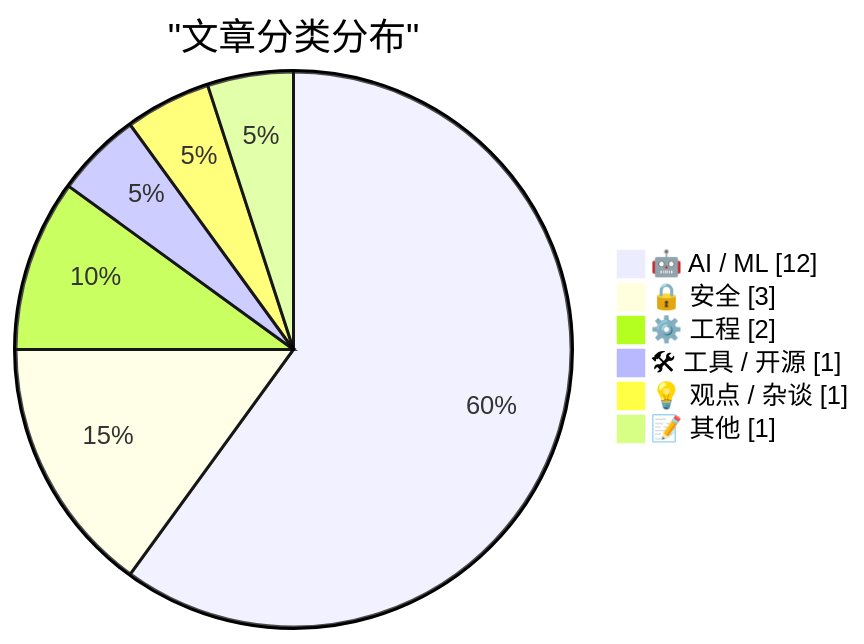
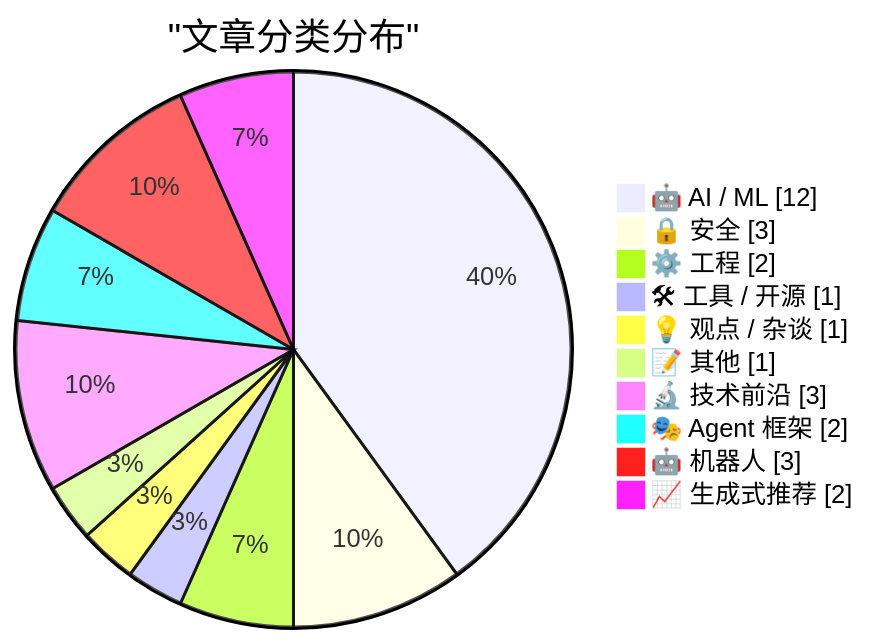
The first of 2 diagrams in content/blog/daily-digest-20260312.zh.md (vacat/vacat.github.io), drawn with Mermaid before and after one commit. The commit also changed other lines of this file, not shown here.

Commit message:
update: 补充技术日报内容 - Agent框架、机器人、GenRec (30篇)

````diff
--- a/content/blog/daily-digest-20260312.zh.md
+++ b/content/blog/daily-digest-20260312.zh.md
@@ -57,10 +57,14 @@
 ```mermaid
 pie showData
     title "文章分类分布"
     "🤖 AI / ML" : 12
     "🔒 安全" : 3
     "⚙️ 工程" : 2
     "🛠 工具 / 开源" : 1
     "💡 观点 / 杂谈" : 1
     "📝 其他" : 1
+    "🔬 技术前沿" : 3
+    "🎭 Agent 框架" : 2
+    "🤖 机器人" : 3
+    "📈 生成式推荐" : 2
 ```
````
